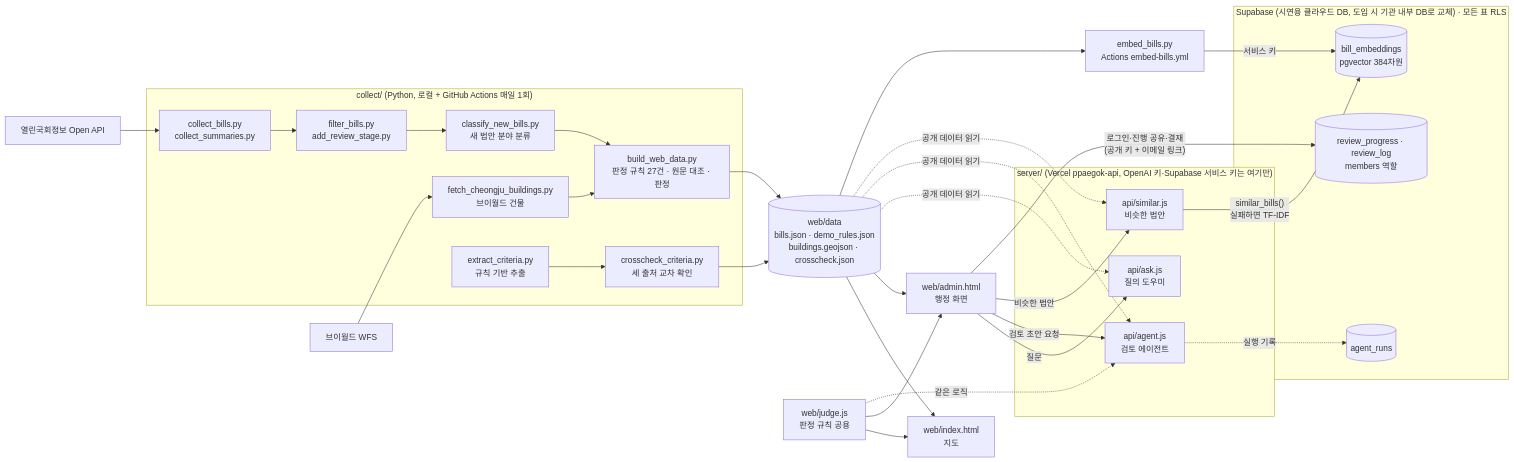
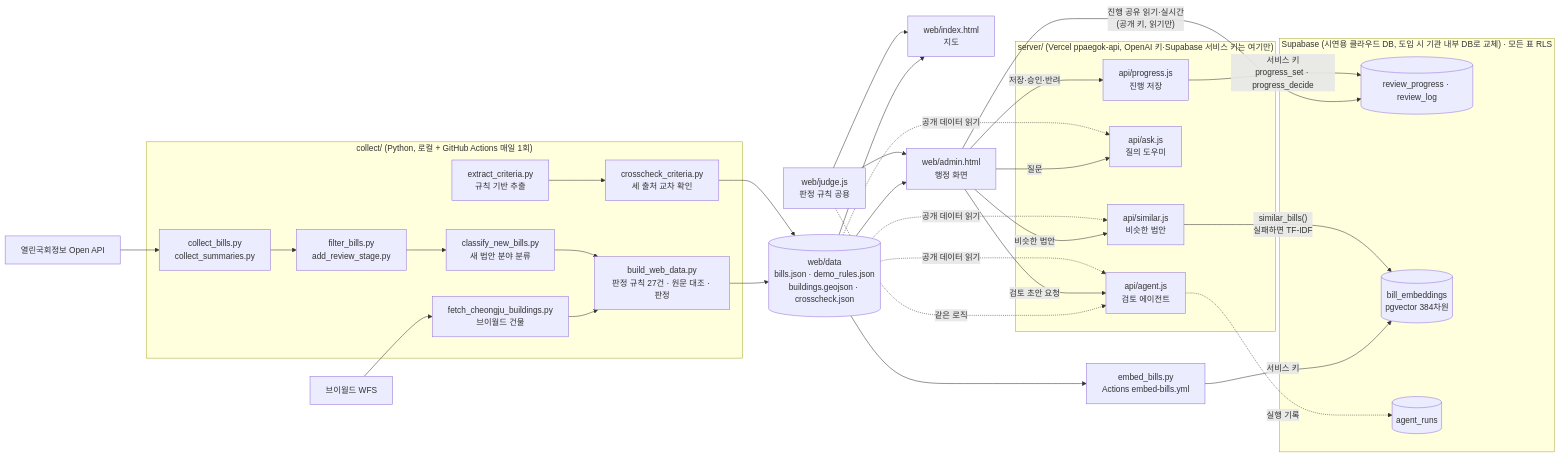
One commit to cbnu-lawmap/law-impact-map changed the diagram in README.md. Above: the diagram before and after it, drawn with Mermaid. The commit also changed other lines of this file and 1 other file, not shown here.

Commit message:
docs: 검토 공유 보안 정리 (브라우저는 읽기만, 쓰기는 서버 service_role, 역할은 시연용)

````diff
--- a/README.md
+++ b/README.md
@@ -85,37 +85,40 @@
 ```mermaid
 flowchart LR
   subgraph collect["collect/ (Python, 로컬 + GitHub Actions 매일 1회)"]
     A1[collect_bills.py<br/>collect_summaries.py] --> A2[filter_bills.py<br/>add_review_stage.py]
     A2 --> A3[classify_new_bills.py<br/>새 법안 분야 분류]
     A4[fetch_cheongju_buildings.py<br/>브이월드 건물] --> B
     A3 --> B[build_web_data.py<br/>판정 규칙 27건 · 원문 대조 · 판정]
     C1[extract_criteria.py<br/>규칙 기반 추출] --> C2[crosscheck_criteria.py<br/>세 출처 교차 확인]
   end
   API[열린국회정보 Open API] --> A1
   VW[브이월드 WFS] --> A4
   B --> D[(web/data<br/>bills.json · demo_rules.json<br/>buildings.geojson · crosscheck.json)]
   C2 --> D
   D --> W1[web/index.html<br/>지도]
   D --> W2[web/admin.html<br/>행정 화면]
   J[web/judge.js<br/>판정 규칙 공용] --> W1 & W2
   J -. 같은 로직 .-> S2
   subgraph server["server/ (Vercel ppaegok-api, OpenAI 키·Supabase 서비스 키는 여기만)"]
     S1[api/ask.js<br/>질의 도우미]
     S2[api/agent.js<br/>검토 에이전트]
     S3[api/similar.js<br/>비슷한 법안]
+    S4[api/progress.js<br/>진행 저장]
   end
   W2 -- 질문 --> S1
   W2 -- 검토 초안 요청 --> S2
   W2 -- 비슷한 법안 --> S3
   D -. 공개 데이터 읽기 .-> S1 & S2 & S3
   subgraph supa["Supabase (시연용 클라우드 DB, 도입 시 기관 내부 DB로 교체) · 모든 표 RLS"]
-    P1[(review_progress · review_log<br/>members 역할)]
+    P1[(review_progress · review_log)]
     P2[(bill_embeddings<br/>pgvector 384차원)]
     P3[(agent_runs)]
   end
-  W2 -- "로그인·진행 공유·결재<br/>(공개 키 + 이메일 링크)" --> P1
+  W2 -- "진행 공유 읽기·실시간<br/>(공개 키, 읽기만)" --> P1
+  W2 -- 저장·승인·반려 --> S4
+  S4 -- "서비스 키<br/>progress_set · progress_decide" --> P1
   E1[embed_bills.py<br/>Actions embed-bills.yml] -- 서비스 키 --> P2
   D --> E1
   S3 -- "similar_bills()<br/>실패하면 TF-IDF" --> P2
   S2 -. 실행 기록 .-> P3
 ```
````
